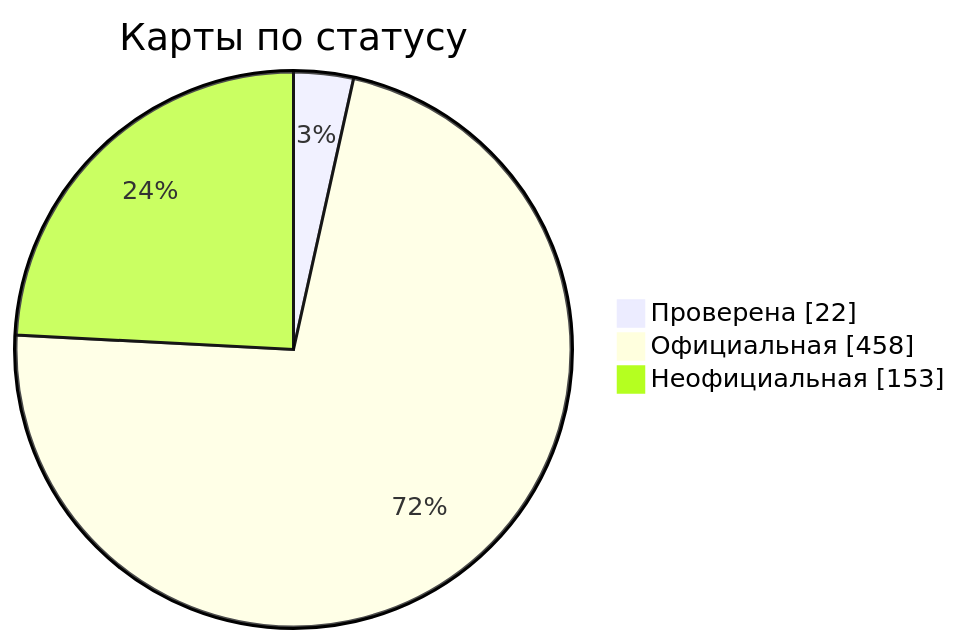
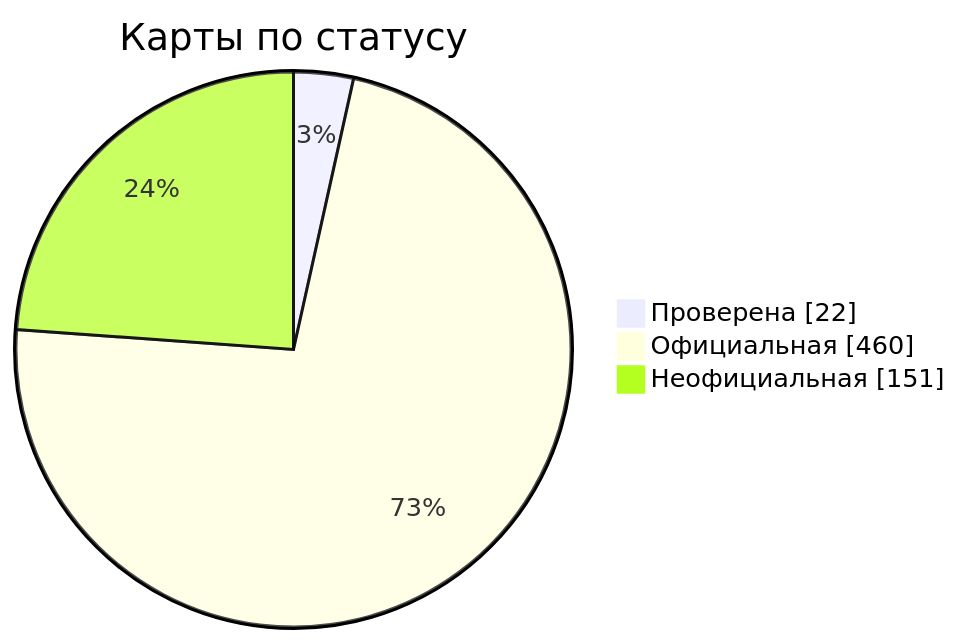
Before and after one commit to nobrega8/mbmap-library: the diagram in docs/readme/README_RU.md, drawn with Mermaid. The commit also changed 7 other files, not shown here.

````diff
--- a/docs/readme/README_RU.md
+++ b/docs/readme/README_RU.md
@@ -54,7 +54,7 @@
 ```mermaid
 pie showData
     title Карты по статусу
     "Проверена" : 22
-    "Официальная" : 458
-    "Неофициальная" : 153
+    "Официальная" : 460
+    "Неофициальная" : 151
 ```
````
